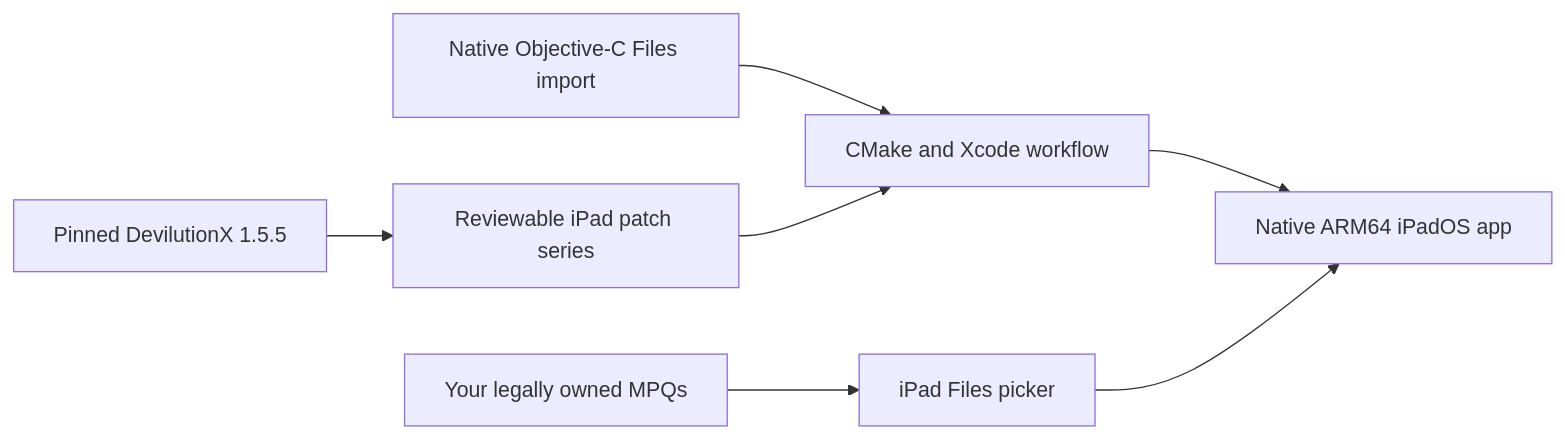
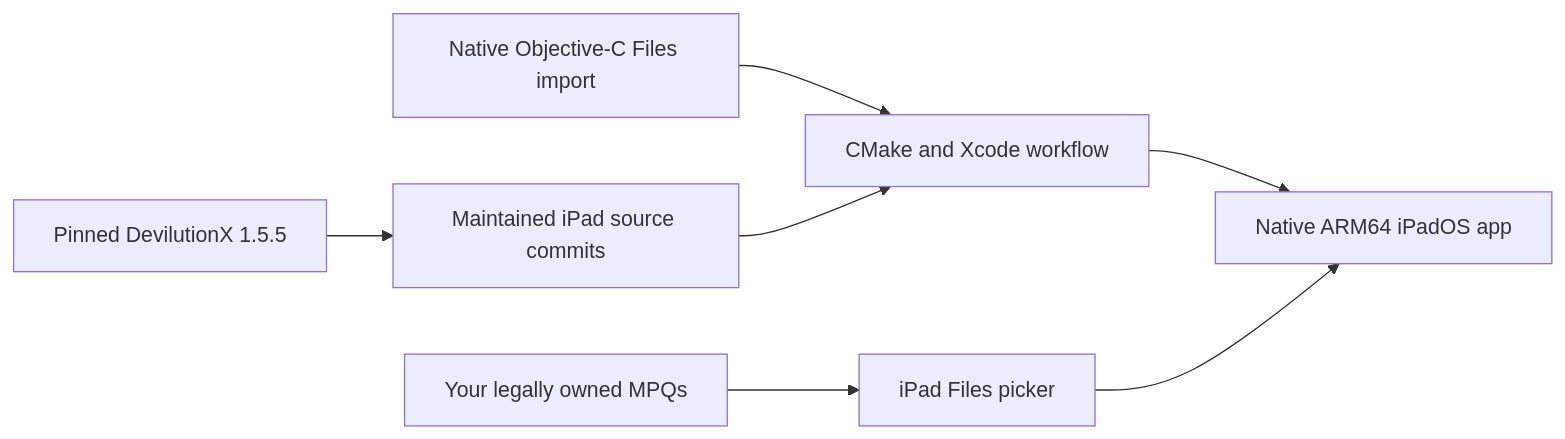
One commit to chrissotraidis/deviltouch changed the diagram in README.md. Above: the diagram before and after it, drawn with Mermaid. The commit also changed other lines of this file and 14 other files, not shown here.

Commit message:
Maintain pinned DevilTouch engine source and verify source delivery

````diff
--- a/README.md
+++ b/README.md
@@ -184,9 +184,9 @@
 ```mermaid
 flowchart LR
-    U["Pinned DevilutionX 1.5.5"] --> P["Reviewable iPad patch series"]
+    U["Pinned DevilutionX 1.5.5"] --> P["Maintained iPad source commits"]
     N["Native Objective-C Files import"] --> X["CMake and Xcode workflow"]
     P --> X
     X --> A["Native ARM64 iPadOS app"]
     D["Your legally owned MPQs"] --> F["iPad Files picker"]
     F --> A
 ```
````
